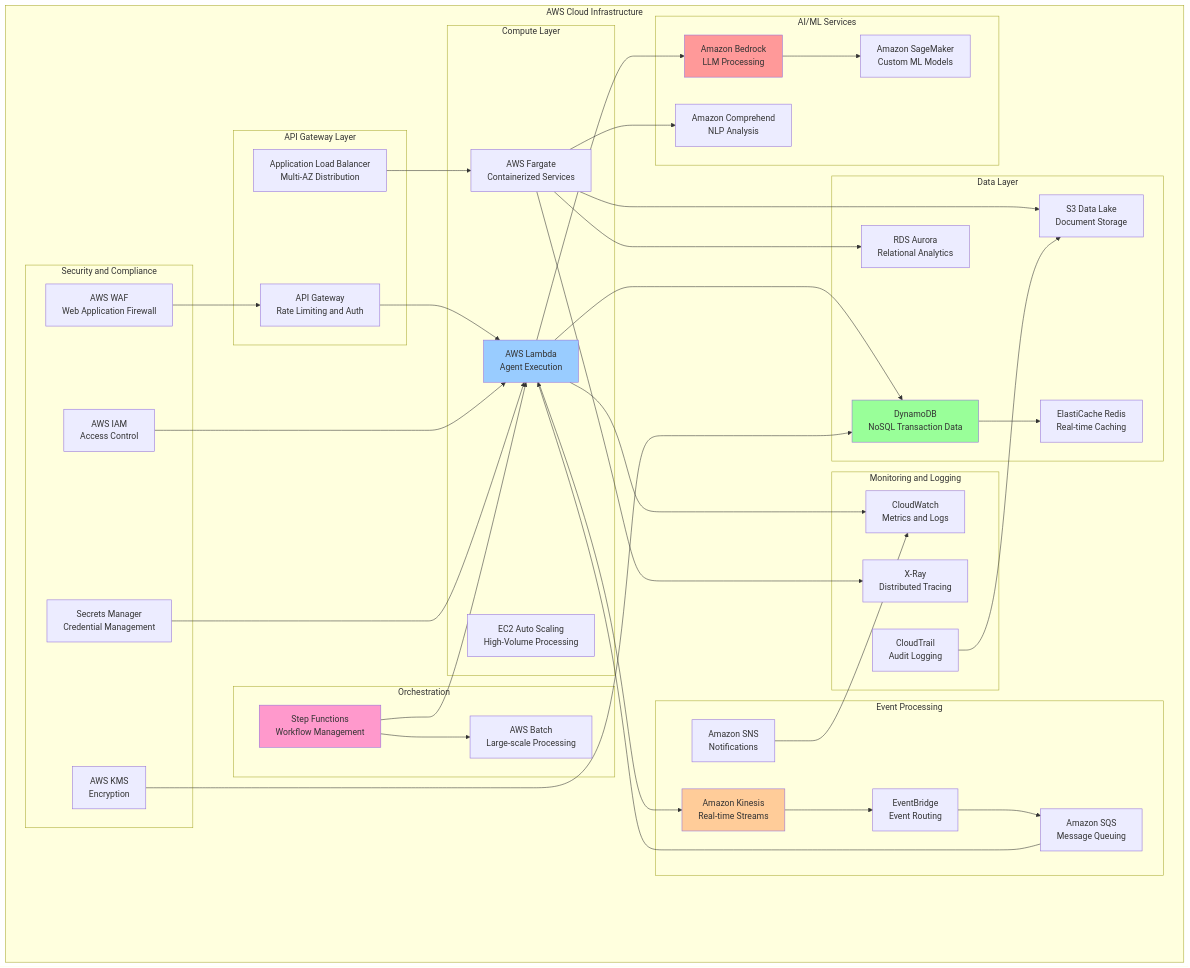
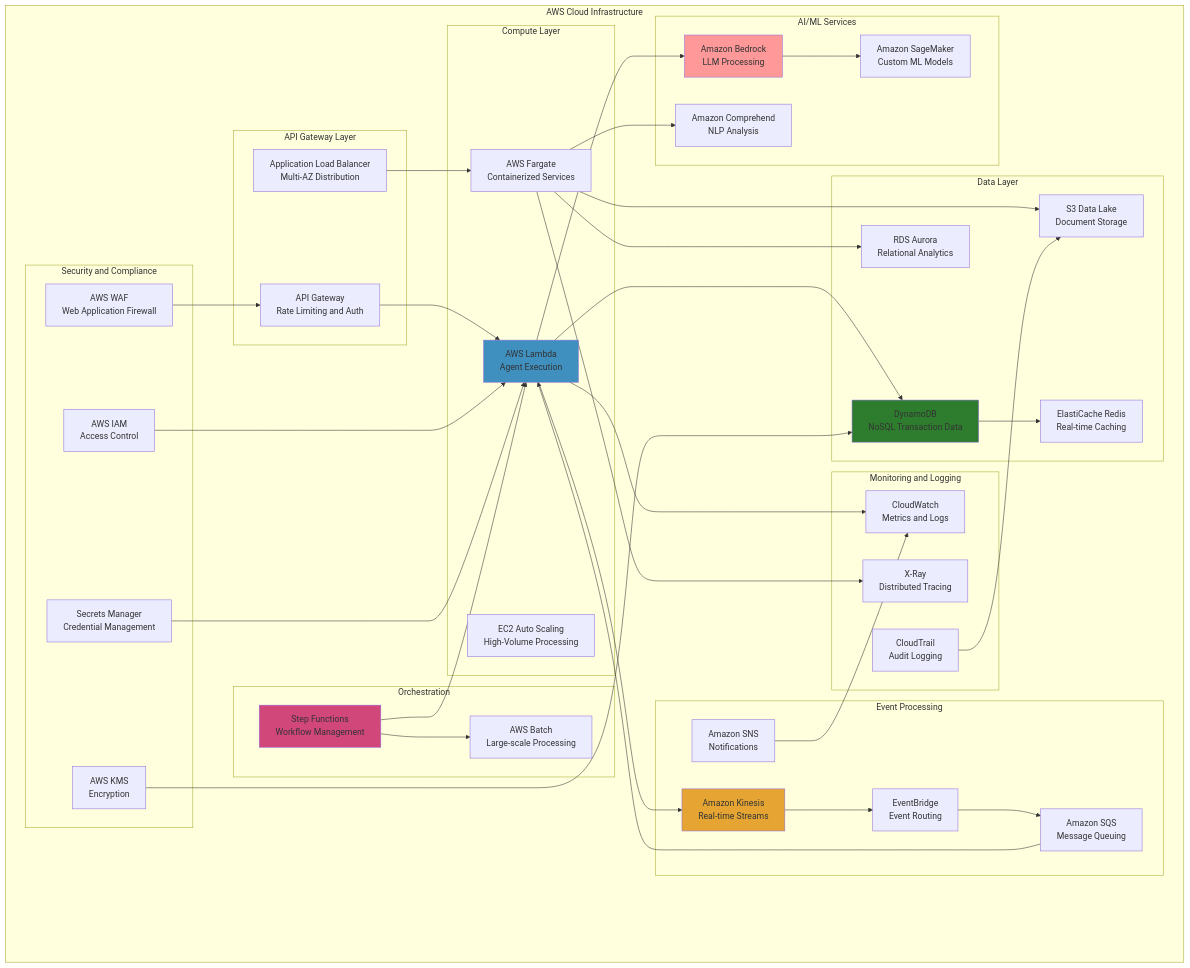
The third of 12 diagrams in README.md (gregorizeidler-cw/LavandowskI-Chatbot), drawn with Mermaid before and after one commit. The commit also changed other lines of this file, not shown here.

````diff
--- a/README.md
+++ b/README.md
@@ -391,8 +391,8 @@
     CLOUDTRAIL --> S3
     
     style BEDROCK fill:#ff9999
-    style LAMBDA fill:#99ccff
-    style DYNAMO fill:#99ff99
-    style KINESIS fill:#ffcc99
-    style STEP fill:#ff99cc
+    style LAMBDA fill:#3f8fbf
+    style DYNAMO fill:#2e7d2e
+    style KINESIS fill:#e6a533
+    style STEP fill:#d1477a
 ```
````
